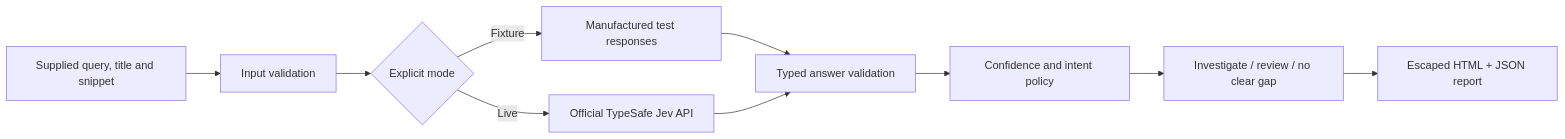
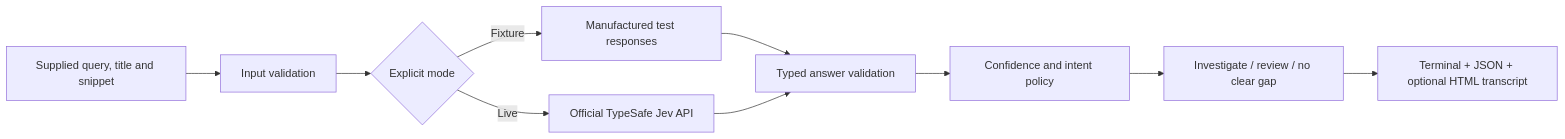
The diagram in README.md (suprkco/jev-serp-opportunity-lab), drawn with Mermaid before and after one commit. The commit also changed other lines of this file and 6 other files, not shown here.

````diff
--- a/README.md
+++ b/README.md
@@ -20,12 +20,12 @@
 ```mermaid
 flowchart LR
     A[Supplied query, title and snippet] --> B[Input validation]
     B --> C{Explicit mode}
     C -->|Fixture| D[Manufactured test responses]
     C -->|Live| E[Official TypeSafe Jev API]
     D --> F[Typed answer validation]
     E --> F
     F --> G[Confidence and intent policy]
     G --> H[Investigate / review / no clear gap]
-    H --> I[Escaped HTML + JSON report]
+    H --> I[Terminal + JSON + optional HTML transcript]
 ```
````
